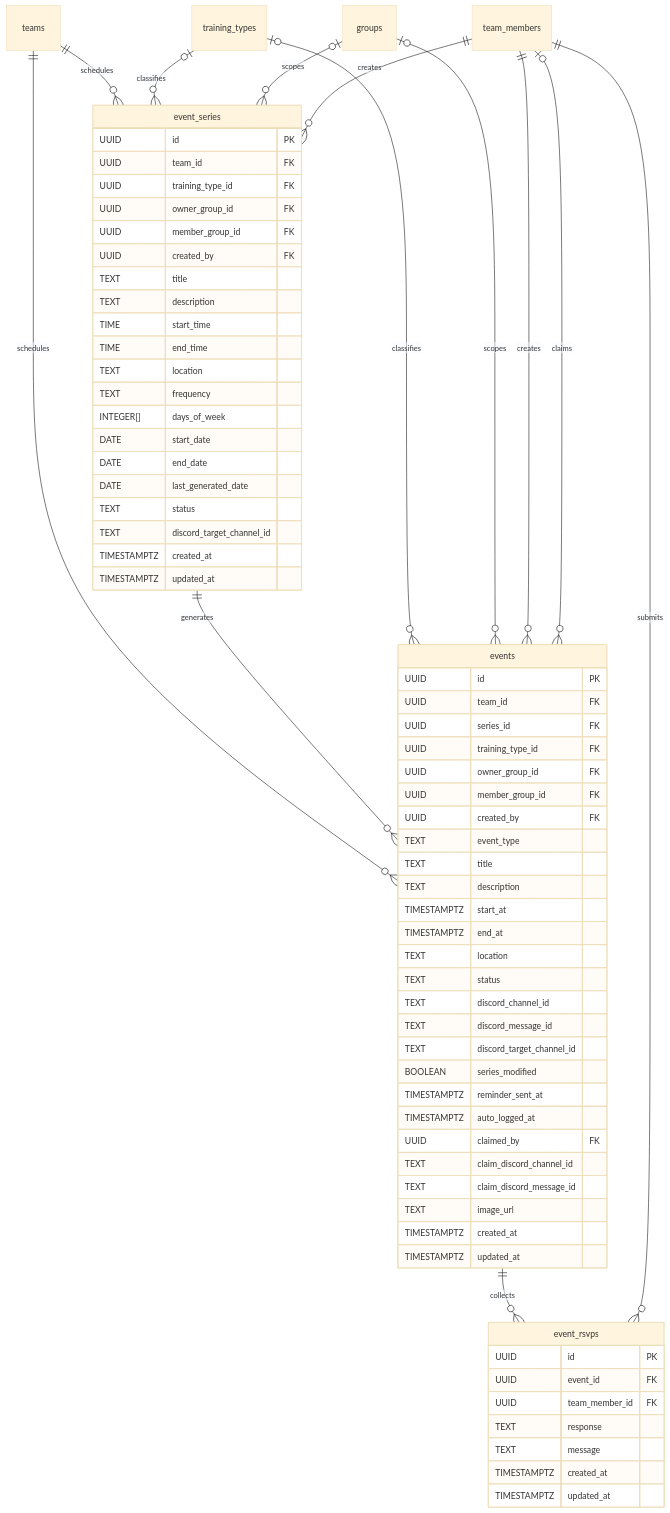
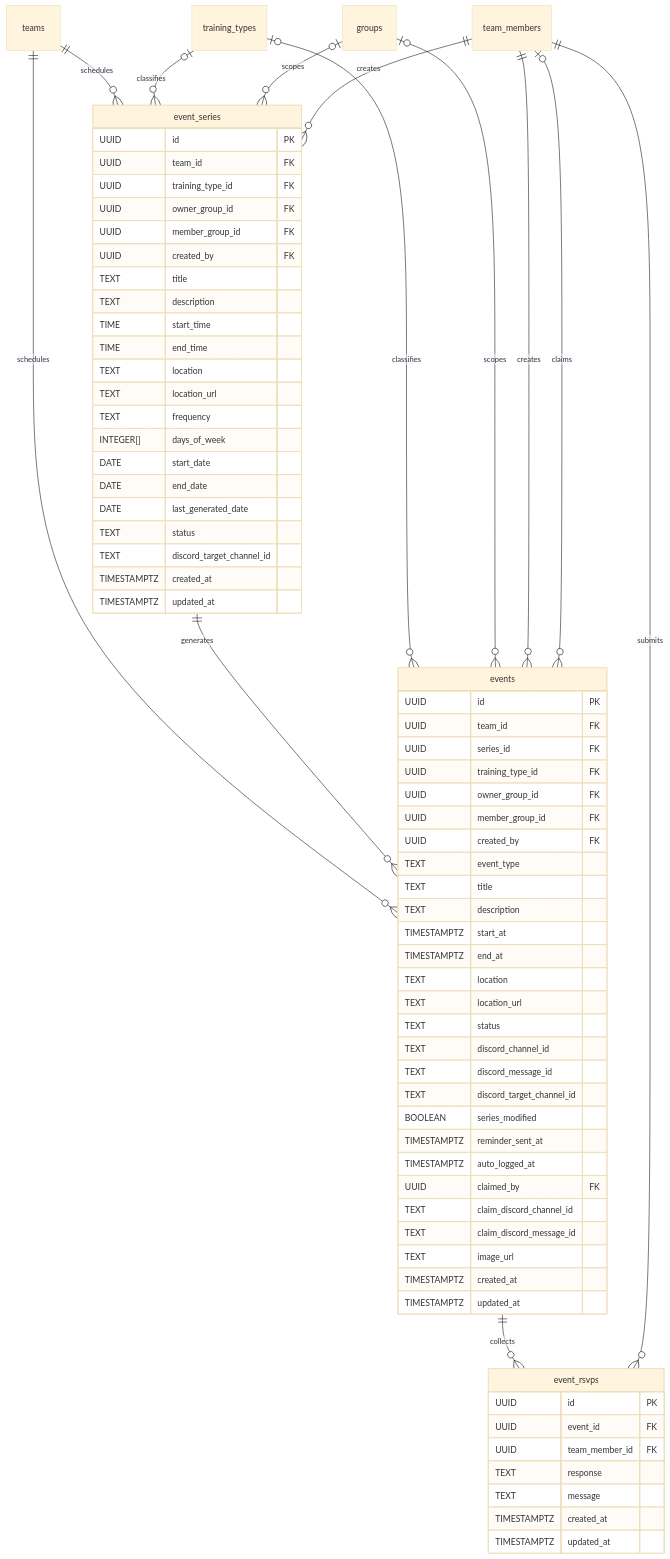
One commit to maxa-ondrej/sideline changed the seventh of 12 diagrams in docs/thesis/er-diagram.md. Above: the diagram before and after it, drawn with Mermaid (base theme). The commit also changed other lines of this file and 69 other files, not shown here.

````diff
--- a/docs/thesis/er-diagram.md
+++ b/docs/thesis/er-diagram.md
@@ -336,77 +336,79 @@
 ```mermaid
 erDiagram
     events {
         UUID id PK
         UUID team_id FK
         UUID series_id FK
         UUID training_type_id FK
         UUID owner_group_id FK
         UUID member_group_id FK
         UUID created_by FK
         TEXT event_type
         TEXT title
         TEXT description
         TIMESTAMPTZ start_at
         TIMESTAMPTZ end_at
         TEXT location
+        TEXT location_url
         TEXT status
         TEXT discord_channel_id
         TEXT discord_message_id
         TEXT discord_target_channel_id
         BOOLEAN series_modified
         TIMESTAMPTZ reminder_sent_at
         TIMESTAMPTZ auto_logged_at
         UUID claimed_by FK
         TEXT claim_discord_channel_id
         TEXT claim_discord_message_id
         TEXT image_url
         TIMESTAMPTZ created_at
         TIMESTAMPTZ updated_at
     }
 
     event_series {
         UUID id PK
         UUID team_id FK
         UUID training_type_id FK
         UUID owner_group_id FK
         UUID member_group_id FK
         UUID created_by FK
         TEXT title
         TEXT description
         TIME start_time
         TIME end_time
         TEXT location
+        TEXT location_url
         TEXT frequency
         INTEGER[] days_of_week
         DATE start_date
         DATE end_date
         DATE last_generated_date
         TEXT status
         TEXT discord_target_channel_id
         TIMESTAMPTZ created_at
         TIMESTAMPTZ updated_at
     }
 
     event_rsvps {
         UUID id PK
         UUID event_id FK
         UUID team_member_id FK
         TEXT response
         TEXT message
         TIMESTAMPTZ created_at
         TIMESTAMPTZ updated_at
     }
 
     teams ||--o{ events : "schedules"
     teams ||--o{ event_series : "schedules"
     event_series ||--o{ events : "generates"
     training_types o|--o{ events : "classifies"
     training_types o|--o{ event_series : "classifies"
     groups o|--o{ events : "scopes"
     groups o|--o{ event_series : "scopes"
     team_members ||--o{ events : "creates"
     team_members ||--o{ event_series : "creates"
     team_members o|--o{ events : "claims"
     events ||--o{ event_rsvps : "collects"
     team_members ||--o{ event_rsvps : "submits"
 ```
````
